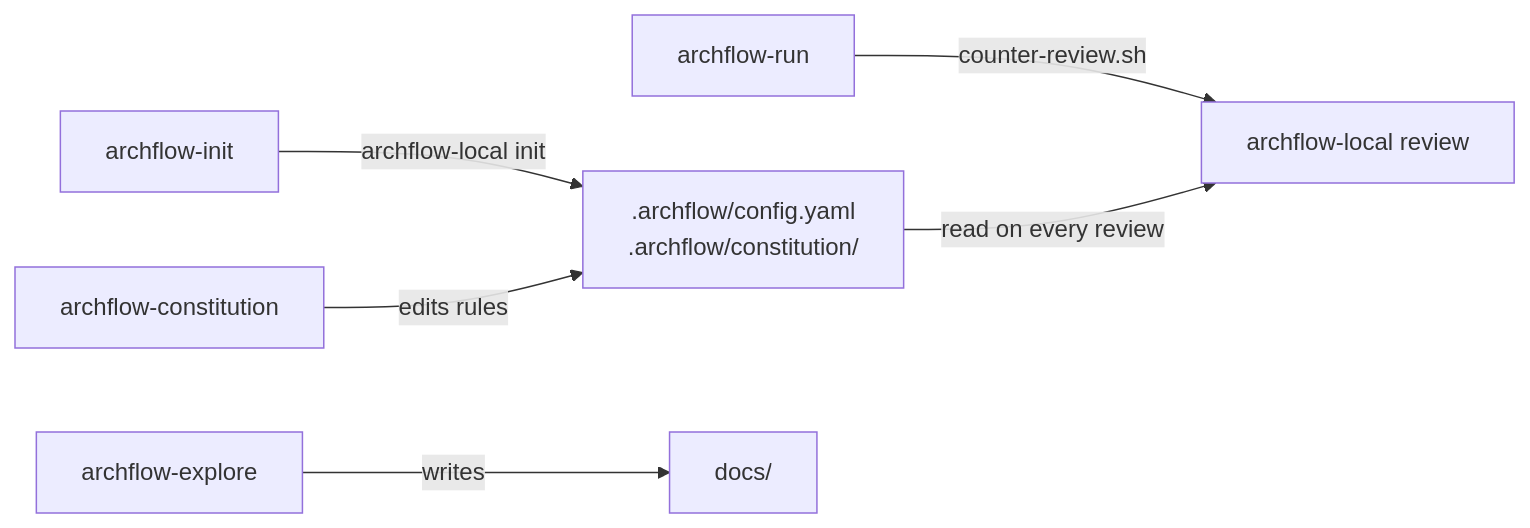
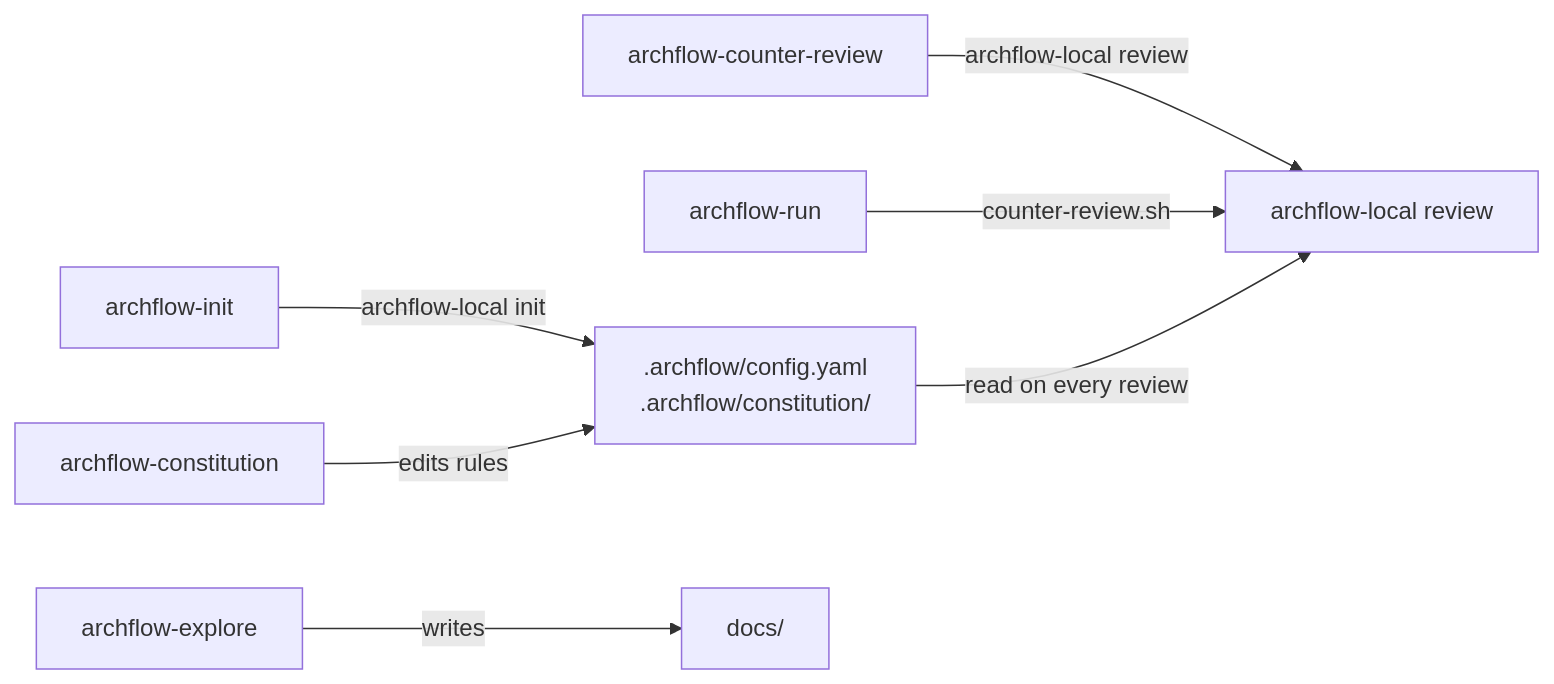
The first of 3 diagrams in docs/workflow/SKILLS.md (Aroton/ArchflowV2), drawn with Mermaid before and after one commit. The commit also changed other lines of this file and 15 other files, not shown here.

First line of the commit message:
Balance host resources in wait.sh and add archflow-counter-review skill

````diff
--- a/docs/workflow/SKILLS.md
+++ b/docs/workflow/SKILLS.md
@@ -16,8 +17,9 @@
 ```mermaid
 flowchart LR
     I["archflow-init"] -->|archflow-local init| F[".archflow/config.yaml<br/>.archflow/constitution/"]
     K["archflow-constitution"] -->|edits rules| F
-    R["archflow-run"] -->|counter-review.sh| L["archflow-local review"]
+    C["archflow-counter-review"] -->|archflow-local review| L["archflow-local review"]
+    R["archflow-run"] -->|counter-review.sh| L
     F -->|read on every review| L
     E["archflow-explore"] -->|writes| D["docs/"]
 ```
````
